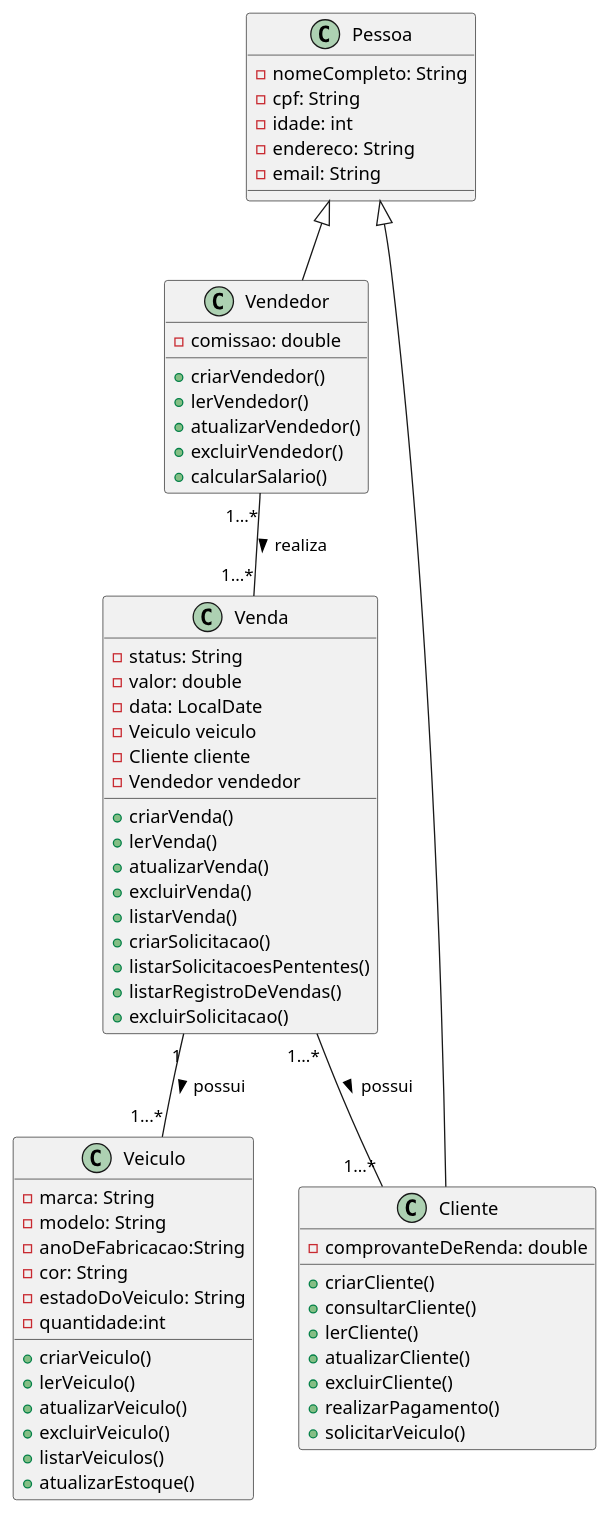
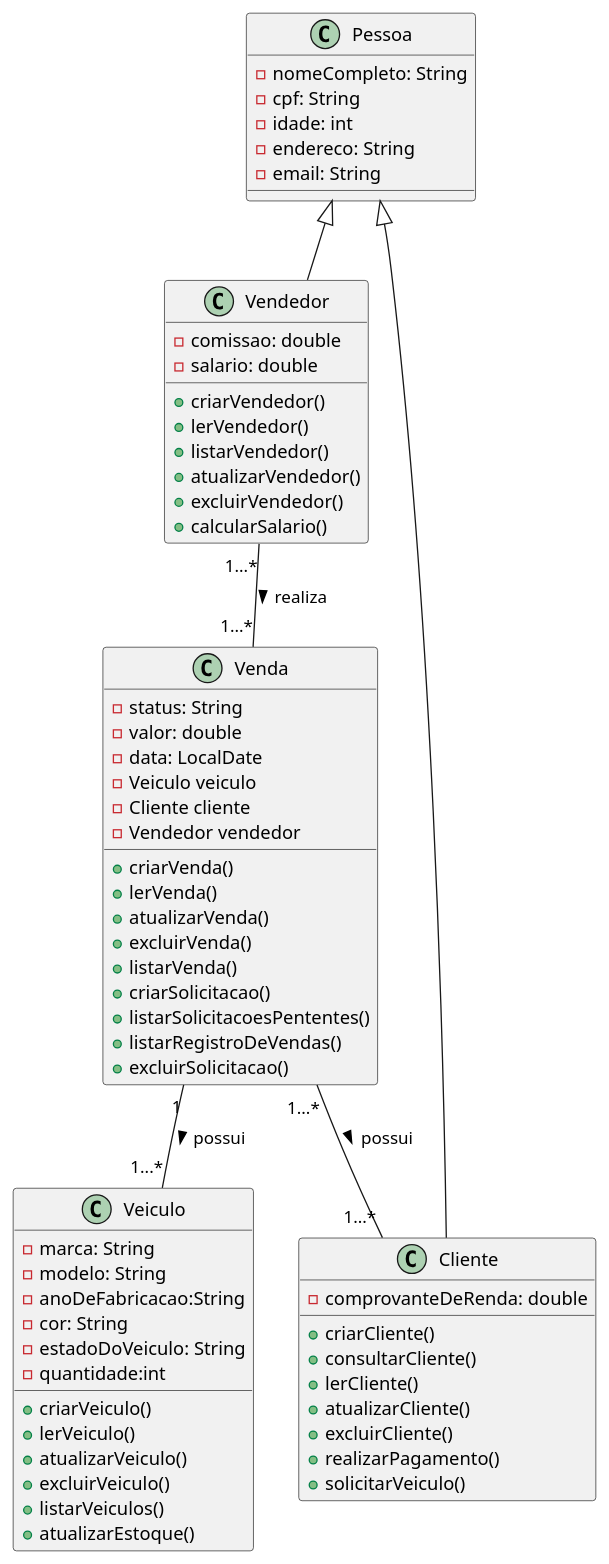
The diagram in DIAGRAMA/ProjetoPOO.iuml (Moisesl2/Projeto-Concessionaria), drawn with PlantUML before and after one commit. The commit also changed 2 other files, not shown here.

```diff
--- a/DIAGRAMA/ProjetoPOO.iuml
+++ b/DIAGRAMA/ProjetoPOO.iuml
@@ -1,68 +1,70 @@
 @startuml "Concessionária"
 
 class Pessoa{
     -nomeCompleto: String
     -cpf: String
     -idade: int
     -endereco: String
     -email: String
 }
 
 class Vendedor{
     -comissao: double
+    -salario: double
     +criarVendedor()
     +lerVendedor()
+    +listarVendedor()
     +atualizarVendedor()
     +excluirVendedor()
     +calcularSalario()
 }
 class Cliente{
     -comprovanteDeRenda: double
     +criarCliente()
     +consultarCliente() 
     +lerCliente()
     +atualizarCliente()
     +excluirCliente()
     +realizarPagamento()
     +solicitarVeiculo()
 }
 
 class Veiculo{
     -marca: String 
     -modelo: String
     -anoDeFabricacao:String 
     -cor: String 
     -estadoDoVeiculo: String
     -quantidade:int
     +criarVeiculo()
     +lerVeiculo()
     +atualizarVeiculo()
     +excluirVeiculo()
     +listarVeiculos()
     +atualizarEstoque()
 }
 class Venda{
     -status: String
     -valor: double 
     -data: LocalDate
     -Veiculo veiculo
     -Cliente cliente 
     -Vendedor vendedor
     +criarVenda()
     +lerVenda()
     +atualizarVenda()
     +excluirVenda()
     +listarVenda()
     +criarSolicitacao()
     +listarSolicitacoesPententes()
     +listarRegistroDeVendas()
     +excluirSolicitacao()
 }
 Pessoa <|-- Vendedor
 Pessoa <|-- Cliente 
 
 Vendedor "1...*"--"1...*" Venda: realiza >
 Venda "1" -- "1...*" Veiculo: possui >
 Venda "1...*" -- "1...*" Cliente: possui >
 
 @enduml
```
